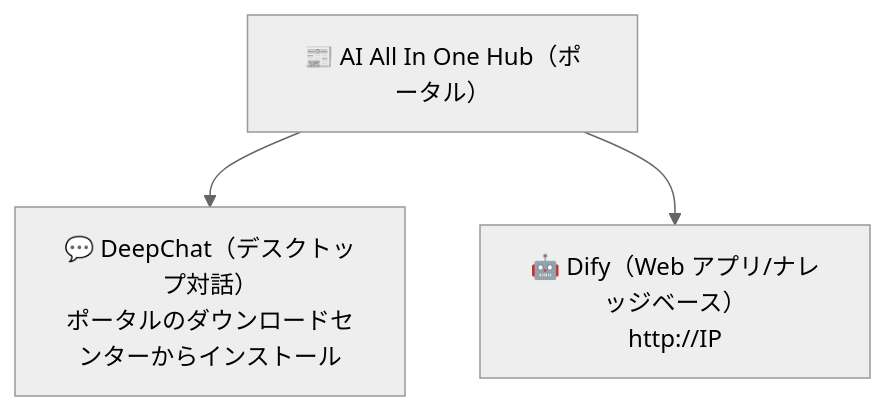
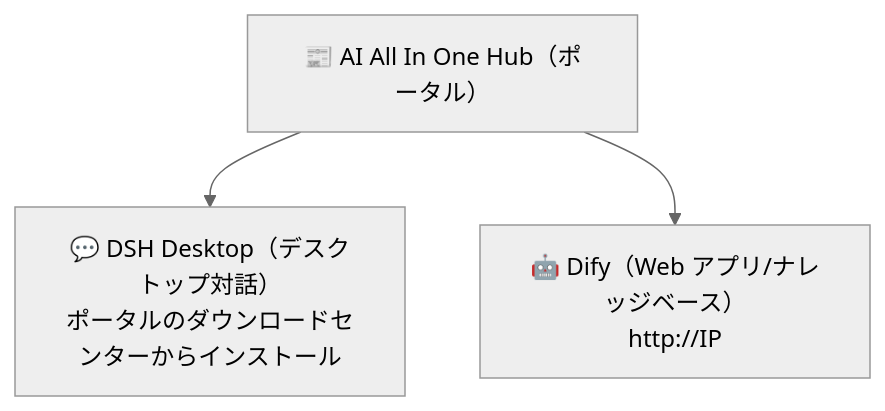
Before and after one commit to sdlyxianchao/AIAllInOne: the diagram in docs/i18n/user-manual-ja/ch01-about.md, drawn with Mermaid (neutral theme). The commit also changed other lines of this file and 306 other files, not shown here.

````diff
--- a/docs/i18n/user-manual-ja/ch01-about.md
+++ b/docs/i18n/user-manual-ja/ch01-about.md
@@ -17,5 +17,5 @@
 ```mermaid
 flowchart TB
-    A["📰 AI All In One Hub（ポータル）"] --> B["💬 DeepChat（デスクトップ対話）<br/>ポータルのダウンロードセンターからインストール"]
+    A["📰 AI All In One Hub（ポータル）"] --> B["💬 DSH Desktop（デスクトップ対話）<br/>ポータルのダウンロードセンターからインストール"]
     A["📰 AI All In One Hub（ポータル）"] --> C["🤖 Dify（Web アプリ/ナレッジベース）<br/>http://IP"]
 ```
````
